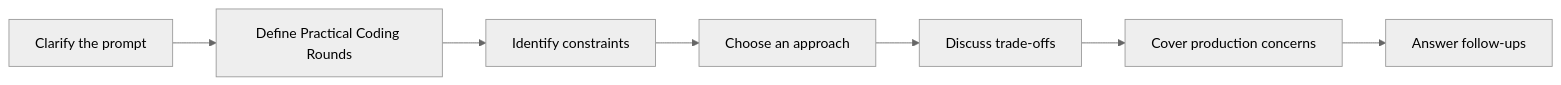
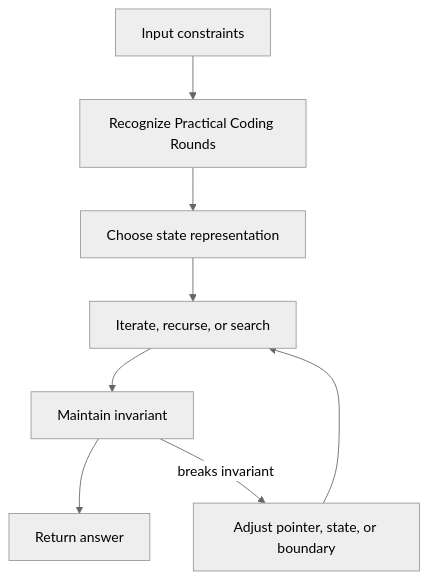
The diagram in coding-round/practical-coding/index.md (abstractinterviews/abstractinterviews.github.io), drawn with Mermaid (neutral theme) before and after one commit. The commit also changed other lines of this file and 278 other files, not shown here.

````diff
--- a/coding-round/practical-coding/index.md
+++ b/coding-round/practical-coding/index.md
@@ -119,9 +121,10 @@
-~~~mermaid
-flowchart LR
-    A["Clarify the prompt"] --> B["Define Practical Coding Rounds"]
-    B --> C["Identify constraints"]
-    C --> D["Choose an approach"]
-    D --> E["Discuss trade-offs"]
-    E --> F["Cover production concerns"]
-    F --> G["Answer follow-ups"]
-~~~
+```mermaid
+flowchart TD
+    Input["Input constraints"] --> Pattern["Recognize Practical Coding Rounds"]
+    Pattern --> State["Choose state representation"]
+    State --> Iterate["Iterate, recurse, or search"]
+    Iterate --> Check["Maintain invariant"]
+    Check --> Result["Return answer"]
+    Check -->|breaks invariant| Fix["Adjust pointer, state, or boundary"]
+    Fix --> Iterate
+```
````
